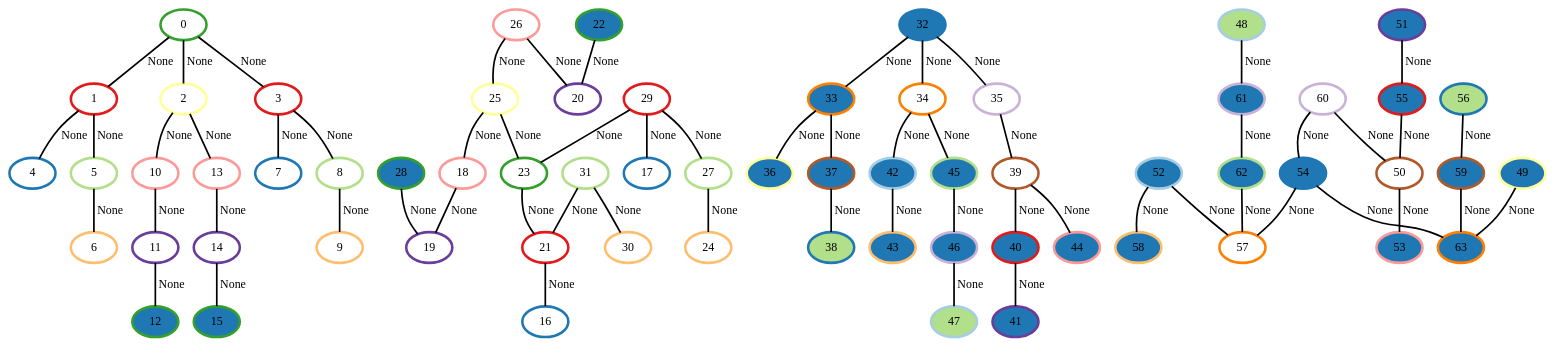
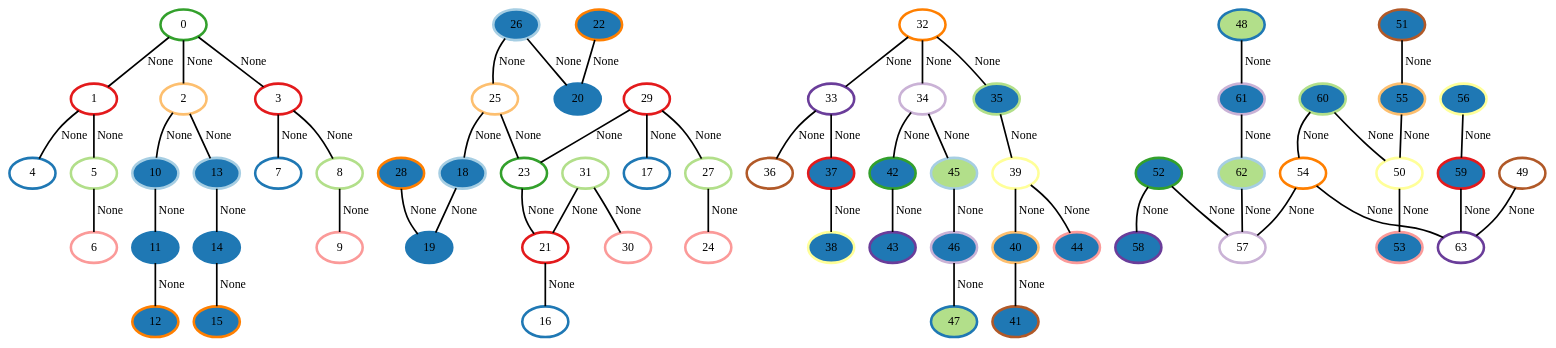
One commit to Alex314-dev/graphisomorphism changed the diagram in Colored/colorref_smallexample_4_16UNION.dot. Above: the diagram before and after it, drawn with Graphviz. The commit also changed 25 other files, not shown here.

```diff
--- a/Colored/colorref_smallexample_4_16UNION.dot
+++ b/Colored/colorref_smallexample_4_16UNION.dot
@@ -1,127 +1,127 @@
 graph G {
     0 [penwidth=3,label="0",color=4, colorscheme=paired12]
     1 [penwidth=3,label="1",color=6, colorscheme=paired12]
-    2 [penwidth=3,label="2",color=11, colorscheme=paired12]
+    2 [penwidth=3,label="2",color=7, colorscheme=paired12]
     3 [penwidth=3,label="3",color=6, colorscheme=paired12]
     4 [penwidth=3,label="4",color=2, colorscheme=paired12]
     5 [penwidth=3,label="5",color=3, colorscheme=paired12]
-    6 [penwidth=3,label="6",color=7, colorscheme=paired12]
+    6 [penwidth=3,label="6",color=5, colorscheme=paired12]
     7 [penwidth=3,label="7",color=2, colorscheme=paired12]
     8 [penwidth=3,label="8",color=3, colorscheme=paired12]
-    9 [penwidth=3,label="9",color=7, colorscheme=paired12]
-    10 [penwidth=3,label="10",color=5, colorscheme=paired12]
-    11 [penwidth=3,label="11",color=10, colorscheme=paired12]
-    12 [penwidth=3,label="12",color=4, colorscheme=paired12,style=filled,fillcolor=2]
-    13 [penwidth=3,label="13",color=5, colorscheme=paired12]
-    14 [penwidth=3,label="14",color=10, colorscheme=paired12]
-    15 [penwidth=3,label="15",color=4, colorscheme=paired12,style=filled,fillcolor=2]
+    9 [penwidth=3,label="9",color=5, colorscheme=paired12]
+    10 [penwidth=3,label="10",color=1, colorscheme=paired12,style=filled,fillcolor=2]
+    11 [penwidth=3,label="11",color=2, colorscheme=paired12,style=filled,fillcolor=2]
+    12 [penwidth=3,label="12",color=8, colorscheme=paired12,style=filled,fillcolor=2]
+    13 [penwidth=3,label="13",color=1, colorscheme=paired12,style=filled,fillcolor=2]
+    14 [penwidth=3,label="14",color=2, colorscheme=paired12,style=filled,fillcolor=2]
+    15 [penwidth=3,label="15",color=8, colorscheme=paired12,style=filled,fillcolor=2]
     16 [penwidth=3,label="16",color=2, colorscheme=paired12]
     17 [penwidth=3,label="17",color=2, colorscheme=paired12]
-    18 [penwidth=3,label="18",color=5, colorscheme=paired12]
-    19 [penwidth=3,label="19",color=10, colorscheme=paired12]
-    20 [penwidth=3,label="20",color=10, colorscheme=paired12]
+    18 [penwidth=3,label="18",color=1, colorscheme=paired12,style=filled,fillcolor=2]
+    19 [penwidth=3,label="19",color=2, colorscheme=paired12,style=filled,fillcolor=2]
+    20 [penwidth=3,label="20",color=2, colorscheme=paired12,style=filled,fillcolor=2]
     21 [penwidth=3,label="21",color=6, colorscheme=paired12]
-    22 [penwidth=3,label="22",color=4, colorscheme=paired12,style=filled,fillcolor=2]
+    22 [penwidth=3,label="22",color=8, colorscheme=paired12,style=filled,fillcolor=2]
     23 [penwidth=3,label="23",color=4, colorscheme=paired12]
-    24 [penwidth=3,label="24",color=7, colorscheme=paired12]
-    25 [penwidth=3,label="25",color=11, colorscheme=paired12]
-    26 [penwidth=3,label="26",color=5, colorscheme=paired12]
+    24 [penwidth=3,label="24",color=5, colorscheme=paired12]
+    25 [penwidth=3,label="25",color=7, colorscheme=paired12]
+    26 [penwidth=3,label="26",color=1, colorscheme=paired12,style=filled,fillcolor=2]
     27 [penwidth=3,label="27",color=3, colorscheme=paired12]
-    28 [penwidth=3,label="28",color=4, colorscheme=paired12,style=filled,fillcolor=2]
+    28 [penwidth=3,label="28",color=8, colorscheme=paired12,style=filled,fillcolor=2]
     29 [penwidth=3,label="29",color=6, colorscheme=paired12]
-    30 [penwidth=3,label="30",color=7, colorscheme=paired12]
+    30 [penwidth=3,label="30",color=5, colorscheme=paired12]
     31 [penwidth=3,label="31",color=3, colorscheme=paired12]
-    32 [penwidth=3,label="32",color=2, colorscheme=paired12,style=filled,fillcolor=2]
-    33 [penwidth=3,label="33",color=8, colorscheme=paired12,style=filled,fillcolor=2]
-    34 [penwidth=3,label="34",color=8, colorscheme=paired12]
-    35 [penwidth=3,label="35",color=9, colorscheme=paired12]
-    36 [penwidth=3,label="36",color=11, colorscheme=paired12,style=filled,fillcolor=2]
-    37 [penwidth=3,label="37",color=12, colorscheme=paired12,style=filled,fillcolor=2]
-    38 [penwidth=3,label="38",color=2, colorscheme=paired12,style=filled,fillcolor=3]
-    39 [penwidth=3,label="39",color=12, colorscheme=paired12]
-    40 [penwidth=3,label="40",color=6, colorscheme=paired12,style=filled,fillcolor=2]
-    41 [penwidth=3,label="41",color=10, colorscheme=paired12,style=filled,fillcolor=2]
-    42 [penwidth=3,label="42",color=1, colorscheme=paired12,style=filled,fillcolor=2]
-    43 [penwidth=3,label="43",color=7, colorscheme=paired12,style=filled,fillcolor=2]
+    32 [penwidth=3,label="32",color=8, colorscheme=paired12]
+    33 [penwidth=3,label="33",color=10, colorscheme=paired12]
+    34 [penwidth=3,label="34",color=9, colorscheme=paired12]
+    35 [penwidth=3,label="35",color=3, colorscheme=paired12,style=filled,fillcolor=2]
+    36 [penwidth=3,label="36",color=12, colorscheme=paired12]
+    37 [penwidth=3,label="37",color=6, colorscheme=paired12,style=filled,fillcolor=2]
+    38 [penwidth=3,label="38",color=11, colorscheme=paired12,style=filled,fillcolor=2]
+    39 [penwidth=3,label="39",color=11, colorscheme=paired12]
+    40 [penwidth=3,label="40",color=7, colorscheme=paired12,style=filled,fillcolor=2]
+    41 [penwidth=3,label="41",color=12, colorscheme=paired12,style=filled,fillcolor=2]
+    42 [penwidth=3,label="42",color=4, colorscheme=paired12,style=filled,fillcolor=2]
+    43 [penwidth=3,label="43",color=10, colorscheme=paired12,style=filled,fillcolor=2]
     44 [penwidth=3,label="44",color=5, colorscheme=paired12,style=filled,fillcolor=2]
-    45 [penwidth=3,label="45",color=3, colorscheme=paired12,style=filled,fillcolor=2]
+    45 [penwidth=3,label="45",color=1, colorscheme=paired12,style=filled,fillcolor=3]
     46 [penwidth=3,label="46",color=9, colorscheme=paired12,style=filled,fillcolor=2]
-    47 [penwidth=3,label="47",color=1, colorscheme=paired12,style=filled,fillcolor=3]
-    48 [penwidth=3,label="48",color=1, colorscheme=paired12,style=filled,fillcolor=3]
-    49 [penwidth=3,label="49",color=11, colorscheme=paired12,style=filled,fillcolor=2]
-    50 [penwidth=3,label="50",color=12, colorscheme=paired12]
-    51 [penwidth=3,label="51",color=10, colorscheme=paired12,style=filled,fillcolor=2]
-    52 [penwidth=3,label="52",color=1, colorscheme=paired12,style=filled,fillcolor=2]
+    47 [penwidth=3,label="47",color=2, colorscheme=paired12,style=filled,fillcolor=3]
+    48 [penwidth=3,label="48",color=2, colorscheme=paired12,style=filled,fillcolor=3]
+    49 [penwidth=3,label="49",color=12, colorscheme=paired12]
+    50 [penwidth=3,label="50",color=11, colorscheme=paired12]
+    51 [penwidth=3,label="51",color=12, colorscheme=paired12,style=filled,fillcolor=2]
+    52 [penwidth=3,label="52",color=4, colorscheme=paired12,style=filled,fillcolor=2]
     53 [penwidth=3,label="53",color=5, colorscheme=paired12,style=filled,fillcolor=2]
-    54 [penwidth=3,label="54",color=2, colorscheme=paired12,style=filled,fillcolor=2]
-    55 [penwidth=3,label="55",color=6, colorscheme=paired12,style=filled,fillcolor=2]
-    56 [penwidth=3,label="56",color=2, colorscheme=paired12,style=filled,fillcolor=3]
-    57 [penwidth=3,label="57",color=8, colorscheme=paired12]
-    58 [penwidth=3,label="58",color=7, colorscheme=paired12,style=filled,fillcolor=2]
-    59 [penwidth=3,label="59",color=12, colorscheme=paired12,style=filled,fillcolor=2]
-    60 [penwidth=3,label="60",color=9, colorscheme=paired12]
+    54 [penwidth=3,label="54",color=8, colorscheme=paired12]
+    55 [penwidth=3,label="55",color=7, colorscheme=paired12,style=filled,fillcolor=2]
+    56 [penwidth=3,label="56",color=11, colorscheme=paired12,style=filled,fillcolor=2]
+    57 [penwidth=3,label="57",color=9, colorscheme=paired12]
+    58 [penwidth=3,label="58",color=10, colorscheme=paired12,style=filled,fillcolor=2]
+    59 [penwidth=3,label="59",color=6, colorscheme=paired12,style=filled,fillcolor=2]
+    60 [penwidth=3,label="60",color=3, colorscheme=paired12,style=filled,fillcolor=2]
     61 [penwidth=3,label="61",color=9, colorscheme=paired12,style=filled,fillcolor=2]
-    62 [penwidth=3,label="62",color=3, colorscheme=paired12,style=filled,fillcolor=2]
-    63 [penwidth=3,label="63",color=8, colorscheme=paired12,style=filled,fillcolor=2]
+    62 [penwidth=3,label="62",color=1, colorscheme=paired12,style=filled,fillcolor=3]
+    63 [penwidth=3,label="63",color=10, colorscheme=paired12]
 
     0--1 [penwidth=2,label="None"]
     1--4 [penwidth=2,label="None"]
     1--5 [penwidth=2,label="None"]
     5--6 [penwidth=2,label="None"]
     0--2 [penwidth=2,label="None"]
     2--10 [penwidth=2,label="None"]
     2--13 [penwidth=2,label="None"]
     10--11 [penwidth=2,label="None"]
     11--12 [penwidth=2,label="None"]
     13--14 [penwidth=2,label="None"]
     14--15 [penwidth=2,label="None"]
     0--3 [penwidth=2,label="None"]
     3--7 [penwidth=2,label="None"]
     3--8 [penwidth=2,label="None"]
     8--9 [penwidth=2,label="None"]
     29--17 [penwidth=2,label="None"]
     28--19 [penwidth=2,label="None"]
     26--25 [penwidth=2,label="None"]
     26--20 [penwidth=2,label="None"]
     22--20 [penwidth=2,label="None"]
     29--27 [penwidth=2,label="None"]
     31--30 [penwidth=2,label="None"]
     25--18 [penwidth=2,label="None"]
     31--21 [penwidth=2,label="None"]
     25--23 [penwidth=2,label="None"]
     27--24 [penwidth=2,label="None"]
     23--21 [penwidth=2,label="None"]
     18--19 [penwidth=2,label="None"]
     21--16 [penwidth=2,label="None"]
     29--23 [penwidth=2,label="None"]
     32--33 [penwidth=2,label="None"]
     33--36 [penwidth=2,label="None"]
     33--37 [penwidth=2,label="None"]
     37--38 [penwidth=2,label="None"]
     32--34 [penwidth=2,label="None"]
     34--42 [penwidth=2,label="None"]
     34--45 [penwidth=2,label="None"]
     42--43 [penwidth=2,label="None"]
     45--46 [penwidth=2,label="None"]
     46--47 [penwidth=2,label="None"]
     32--35 [penwidth=2,label="None"]
     35--39 [penwidth=2,label="None"]
     39--40 [penwidth=2,label="None"]
     39--44 [penwidth=2,label="None"]
     40--41 [penwidth=2,label="None"]
     48--61 [penwidth=2,label="None"]
     49--63 [penwidth=2,label="None"]
     60--54 [penwidth=2,label="None"]
     50--53 [penwidth=2,label="None"]
     61--62 [penwidth=2,label="None"]
     51--55 [penwidth=2,label="None"]
     60--50 [penwidth=2,label="None"]
     62--57 [penwidth=2,label="None"]
     56--59 [penwidth=2,label="None"]
     54--57 [penwidth=2,label="None"]
     59--63 [penwidth=2,label="None"]
     52--58 [penwidth=2,label="None"]
     54--63 [penwidth=2,label="None"]
     52--57 [penwidth=2,label="None"]
     55--50 [penwidth=2,label="None"]
 }
```
